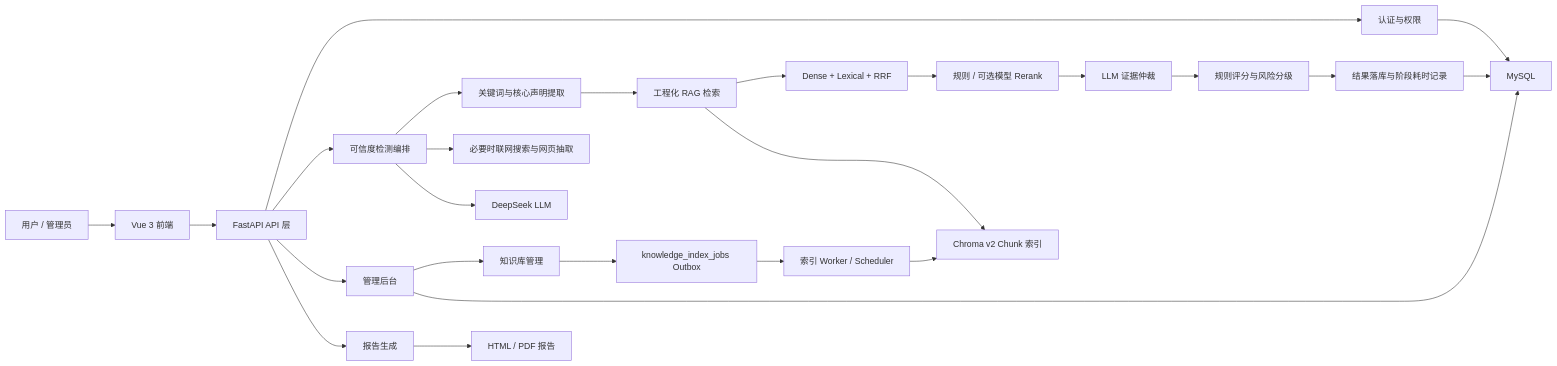
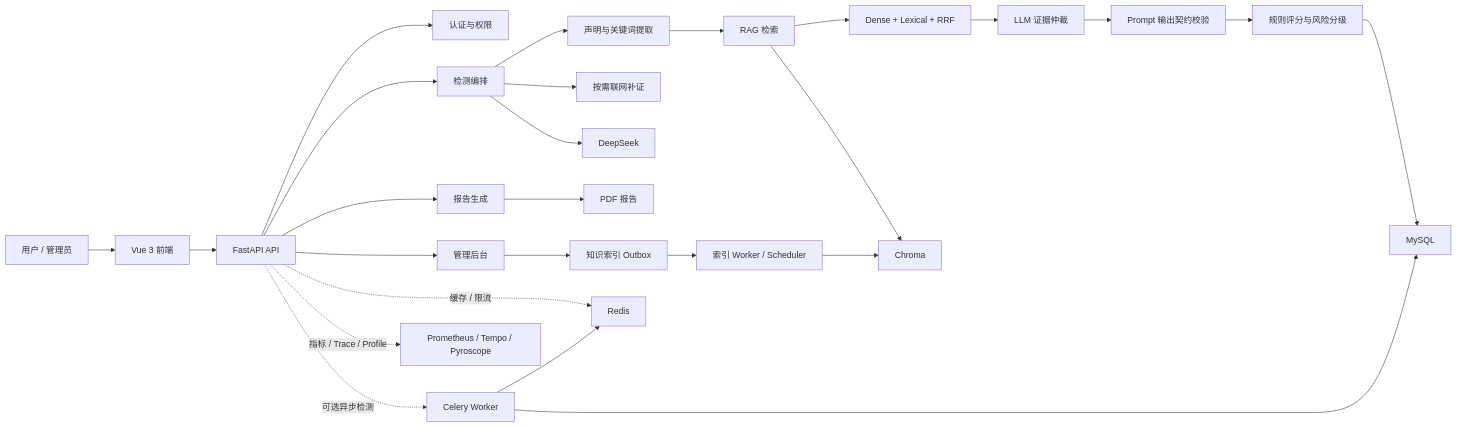
One commit to fjjh1413/NewsCredibilityEvaluator changed the diagram in README.md. Above: the diagram before and after it, drawn with Mermaid. The commit also changed other lines of this file, not shown here.

````diff
--- a/README.md
+++ b/README.md
@@ -70,32 +36,34 @@
 ```mermaid
 flowchart LR
   User["用户 / 管理员"] --> Frontend["Vue 3 前端"]
-  Frontend --> API["FastAPI API 层"]
+  Frontend --> API["FastAPI API"]
 
   API --> Auth["认证与权限"]
-  API --> Detect["可信度检测编排"]
+  API --> Detect["检测编排"]
   API --> Admin["管理后台"]
   API --> Report["报告生成"]
 
-  Detect --> Claim["关键词与核心声明提取"]
-  Claim --> Retrieval["工程化 RAG 检索"]
+  Detect --> Claim["声明与关键词提取"]
+  Claim --> Retrieval["RAG 检索"]
   Retrieval --> Fusion["Dense + Lexical + RRF"]
-  Fusion --> Rerank["规则 / 可选模型 Rerank"]
-  Rerank --> Arbitration["LLM 证据仲裁"]
-  Arbitration --> Scoring["规则评分与风险分级"]
-  Scoring --> Persist["结果落库与阶段耗时记录"]
+  Fusion --> Arbitration["LLM 证据仲裁"]
+  Arbitration --> Contract["Prompt 输出契约校验"]
+  Contract --> Scoring["规则评分与风险分级"]
+  Scoring --> MySQL["MySQL"]
 
-  Admin --> Knowledge["知识库管理"]
-  Knowledge --> Outbox["knowledge_index_jobs Outbox"]
+  Retrieval --> Chroma["Chroma"]
+  Detect --> Search["按需联网补证"]
+  Detect --> LLM["DeepSeek"]
+  Report --> PDF["PDF 报告"]
+
+  Admin --> Outbox["知识索引 Outbox"]
   Outbox --> Indexer["索引 Worker / Scheduler"]
-  Indexer --> Chroma["Chroma v2 Chunk 索引"]
+  Indexer --> Chroma
 
-  Retrieval --> Chroma
-  Detect --> Web["必要时联网搜索与网页抽取"]
-  Detect --> LLM["DeepSeek LLM"]
-  Report --> PDF["HTML / PDF 报告"]
+  API -. "缓存 / 限流" .-> Redis["Redis"]
+  API -. "可选异步检测" .-> Celery["Celery Worker"]
+  Celery --> Redis
+  Celery --> MySQL
 
-  Persist --> MySQL["MySQL"]
-  Auth --> MySQL
-  Admin --> MySQL
+  API -. "指标 / Trace / Profile" .-> Observability["Prometheus / Tempo / Pyroscope"]
 ```
````
